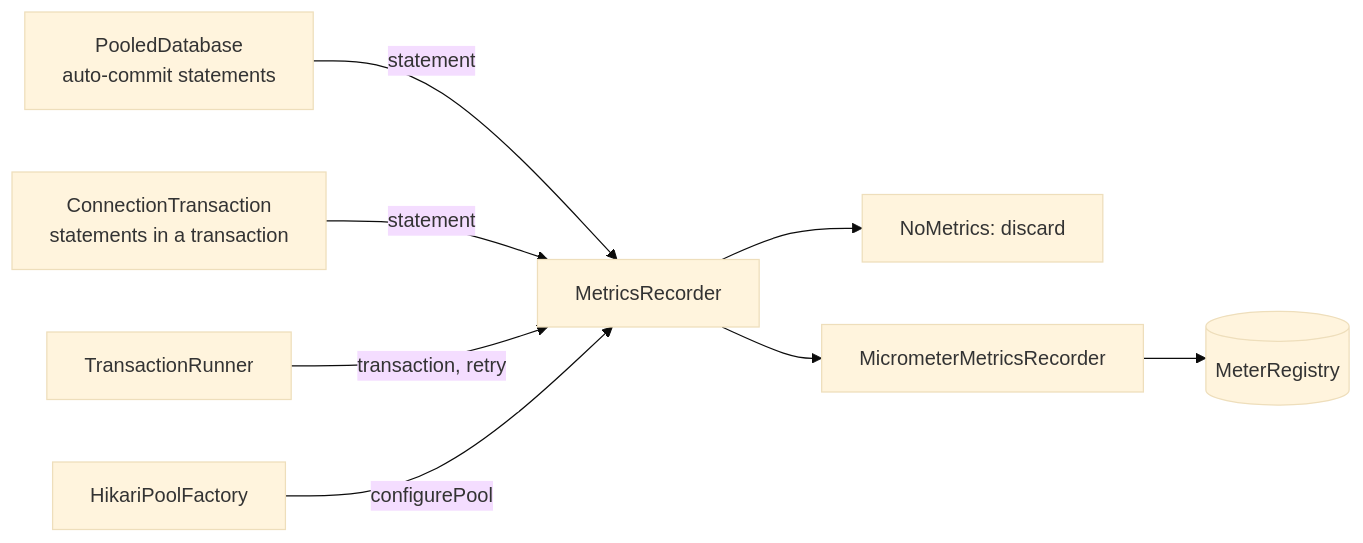
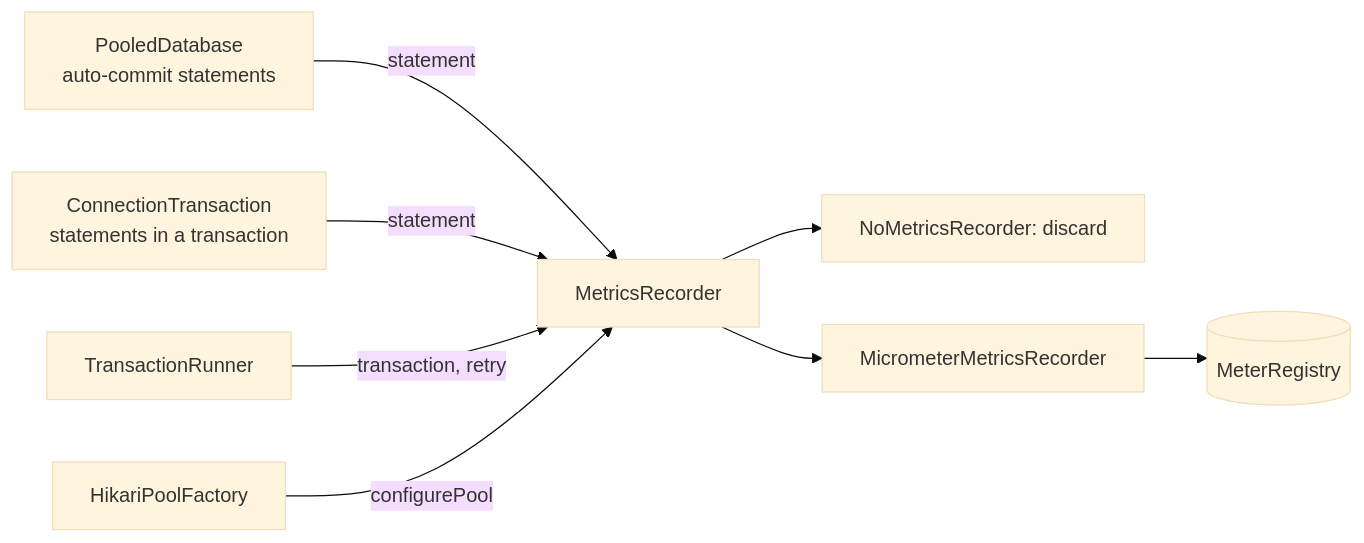
The third of 6 diagrams in plugkit-db/docs/adr/0005-integrations.md (varnit-ta/plugkit-util), drawn with Mermaid (base theme) before and after one commit. The commit also changed other lines of this file and 76 other files, not shown here.

````diff
--- a/plugkit-db/docs/adr/0005-integrations.md
+++ b/plugkit-db/docs/adr/0005-integrations.md
@@ -214,10 +214,10 @@
 ```mermaid
 flowchart LR
     PD[PooledDatabase<br/>auto-commit statements] -->|statement| MR[MetricsRecorder]
     CT[ConnectionTransaction<br/>statements in a transaction] -->|statement| MR
     TR[TransactionRunner] -->|transaction, retry| MR
     HPF[HikariPoolFactory] -->|configurePool| MR
-    MR --> NONE[NoMetrics: discard]
+    MR --> NONE[NoMetricsRecorder: discard]
     MR --> MIC[MicrometerMetricsRecorder]
     MIC --> REG[(MeterRegistry)]
 ```
````
